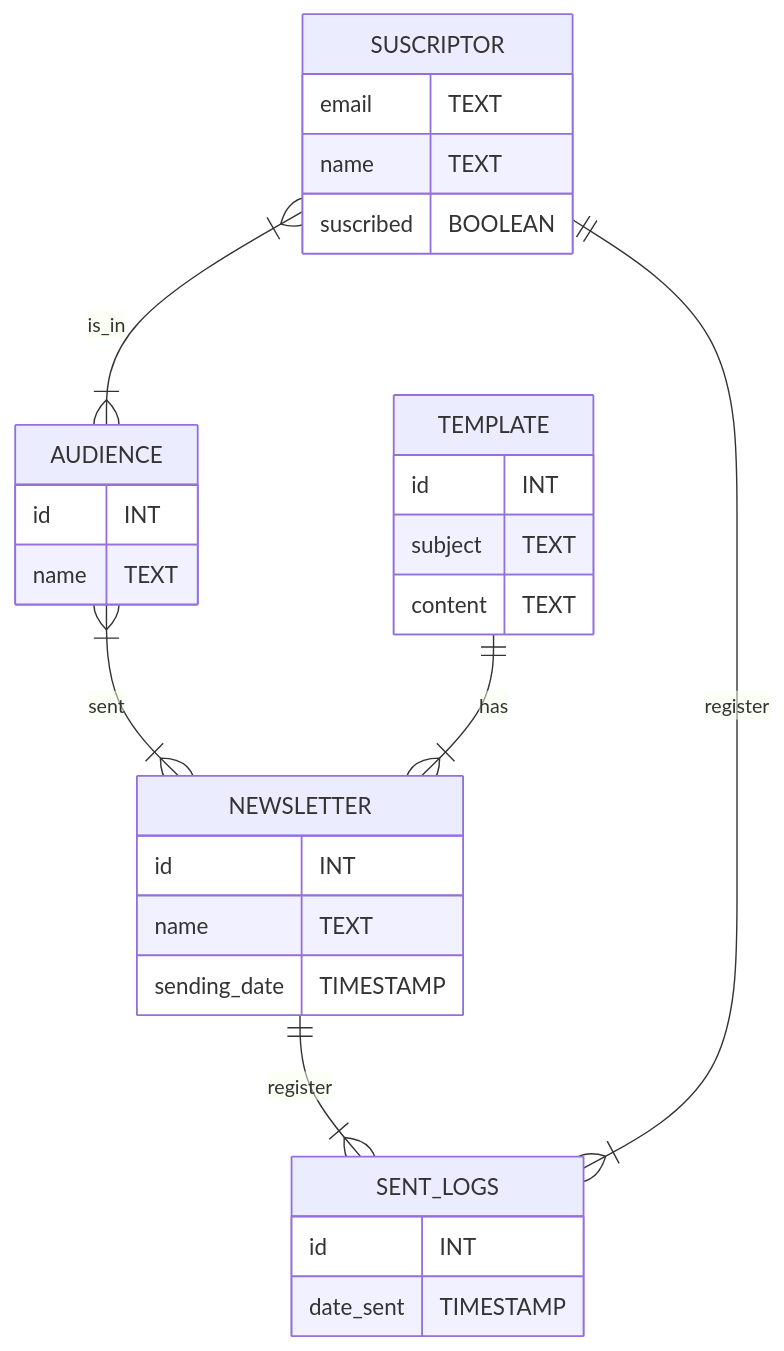
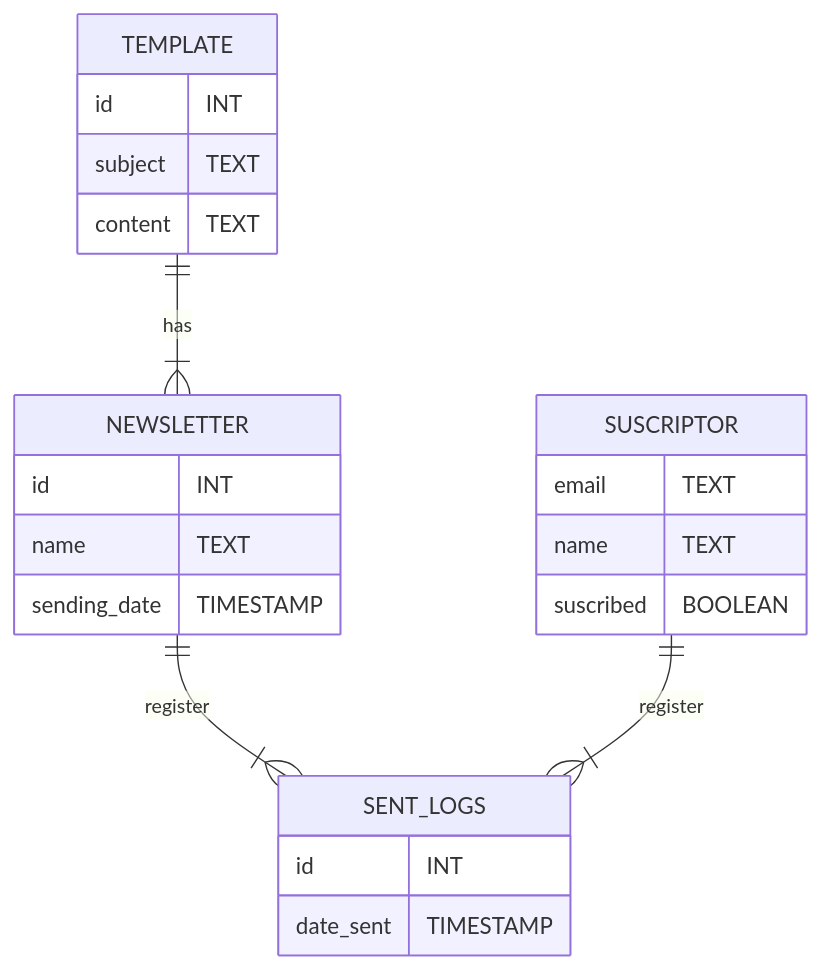
One commit to edevars/codecraft_rest changed the diagram in README.md. Above: the diagram before and after it, drawn with Mermaid. The commit also changed 5 other files, not shown here.

````diff
--- a/README.md
+++ b/README.md
@@ -62,36 +62,29 @@
 ```mermaid
 erDiagram
     SUSCRIPTOR {
         email TEXT
         name TEXT
         suscribed BOOLEAN
     }
 
     TEMPLATE {
         id INT
         subject TEXT
         content TEXT
     }
 
     NEWSLETTER {
         id INT
         name TEXT
         sending_date TIMESTAMP
     }
 
     SENT_LOGS {
         id INT
         date_sent TIMESTAMP 
     }
 
-        AUDIENCE {
-        id INT
-        name TEXT
-    }
-
-SUSCRIPTOR }|--|{ AUDIENCE : is_in
-AUDIENCE }|--|{ NEWSLETTER : sent
 NEWSLETTER ||--|{ SENT_LOGS : register
 SUSCRIPTOR ||--|{ SENT_LOGS : register
 TEMPLATE ||--|{ NEWSLETTER : has
 ```
````
